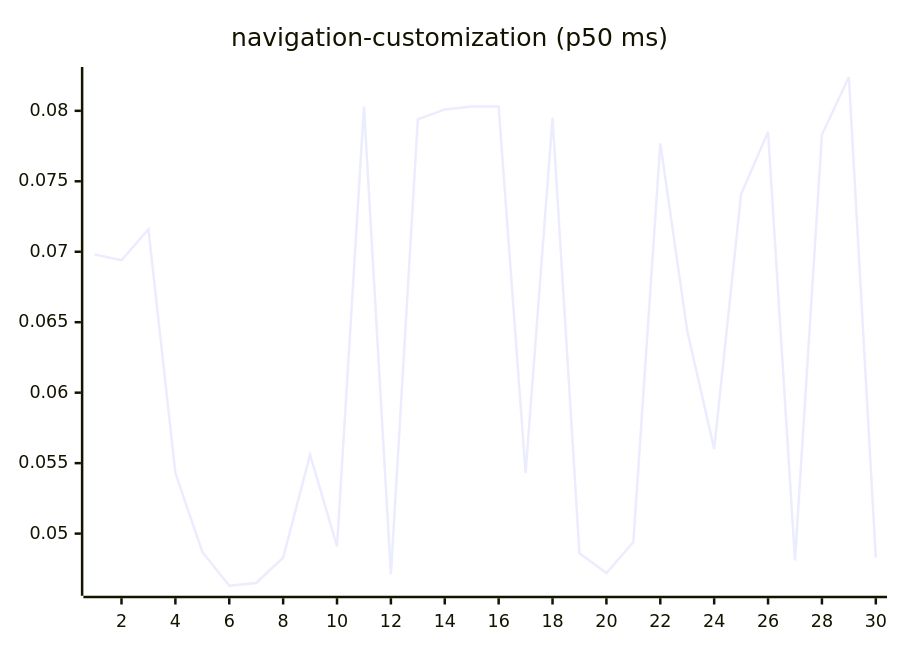
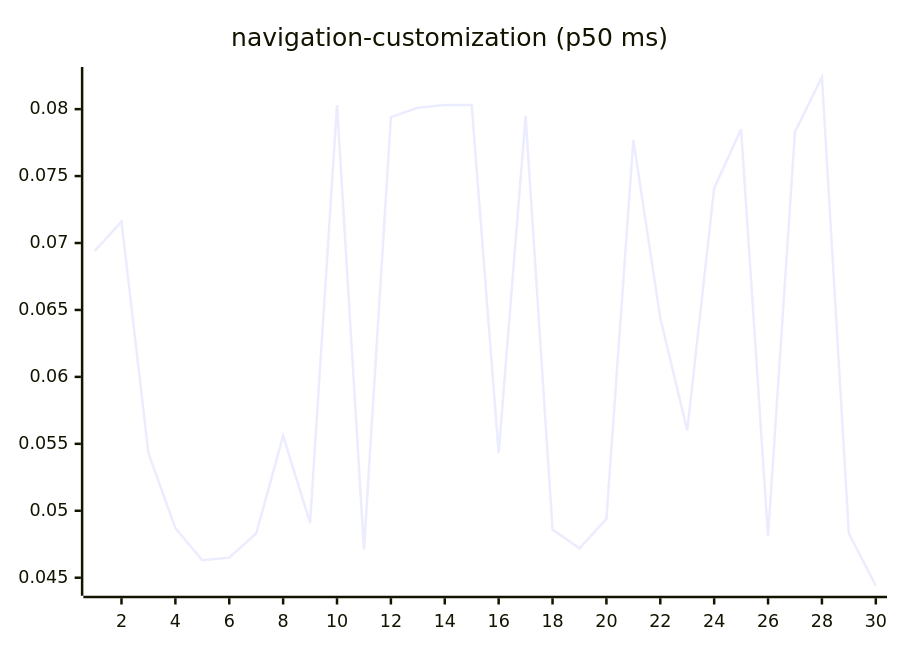
One commit to josha/Facet changed diagram 15 of 27 in README.md. Above: the diagram before and after it, drawn with Mermaid. The commit also changed other lines of this file and 2 other files, not shown here.

````diff
--- a/README.md
+++ b/README.md
@@ -161,6 +161,6 @@
 ```mermaid
 xychart-beta
     title "navigation-customization (p50 ms)"
     x-axis 1 --> 30
-    line [0.0698, 0.0694, 0.0716, 0.0543, 0.0487, 0.0463, 0.0465, 0.0483, 0.0556, 0.0491, 0.0803, 0.0471, 0.0794, 0.0801, 0.0803, 0.0803, 0.0543, 0.0795, 0.0486, 0.0472, 0.0494, 0.0777, 0.0644, 0.0560, 0.0741, 0.0785, 0.0481, 0.0783, 0.0824, 0.0483]
+    line [0.0694, 0.0716, 0.0543, 0.0487, 0.0463, 0.0465, 0.0483, 0.0556, 0.0491, 0.0803, 0.0471, 0.0794, 0.0801, 0.0803, 0.0803, 0.0543, 0.0795, 0.0486, 0.0472, 0.0494, 0.0777, 0.0644, 0.0560, 0.0741, 0.0785, 0.0481, 0.0783, 0.0824, 0.0483, 0.0444]
 ```
````
